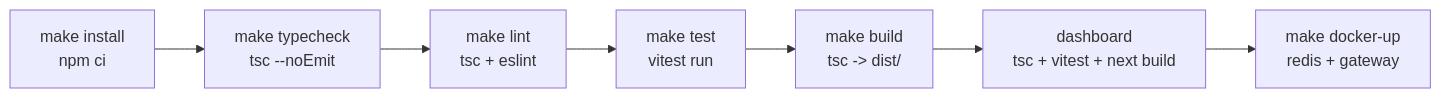
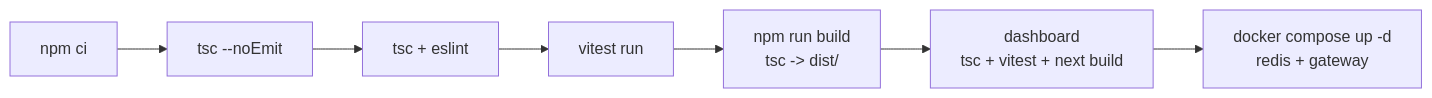
One commit to FishRaposo/llm-gateway changed the first of 2 diagrams in docs/EXECUTION_PLAN.md. Above: the diagram before and after it, drawn with Mermaid. The commit also changed other lines of this file and 6 other files, not shown here.

````diff
--- a/docs/EXECUTION_PLAN.md
+++ b/docs/EXECUTION_PLAN.md
@@ -9,9 +9,9 @@
 ```mermaid
 flowchart LR
-    Install[make install<br/>npm ci] --> Type[make typecheck<br/>tsc --noEmit]
-    Type --> Lint[make lint<br/>tsc + eslint]
-    Lint --> Test[make test<br/>vitest run]
-    Test --> Build[make build<br/>tsc -> dist/]
+    Install[npm ci] --> Type[tsc --noEmit]
+    Type --> Lint[tsc + eslint]
+    Lint --> Test[vitest run]
+    Test --> Build[npm run build<br/>tsc -> dist/]
     Build --> Dash[dashboard<br/>tsc + vitest + next build]
-    Dash --> Docker[make docker-up<br/>redis + gateway]
+    Dash --> Docker[docker compose up -d<br/>redis + gateway]
 ```
````
